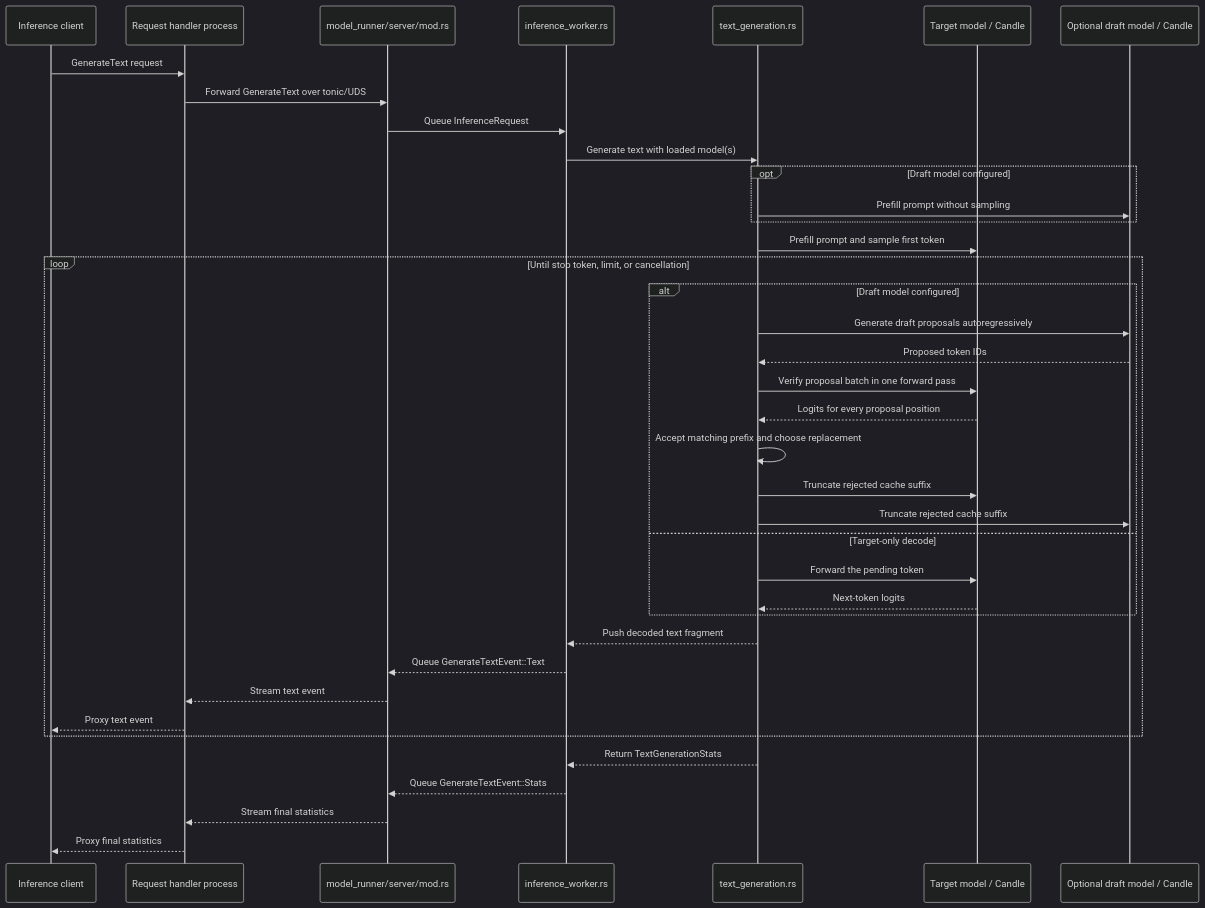
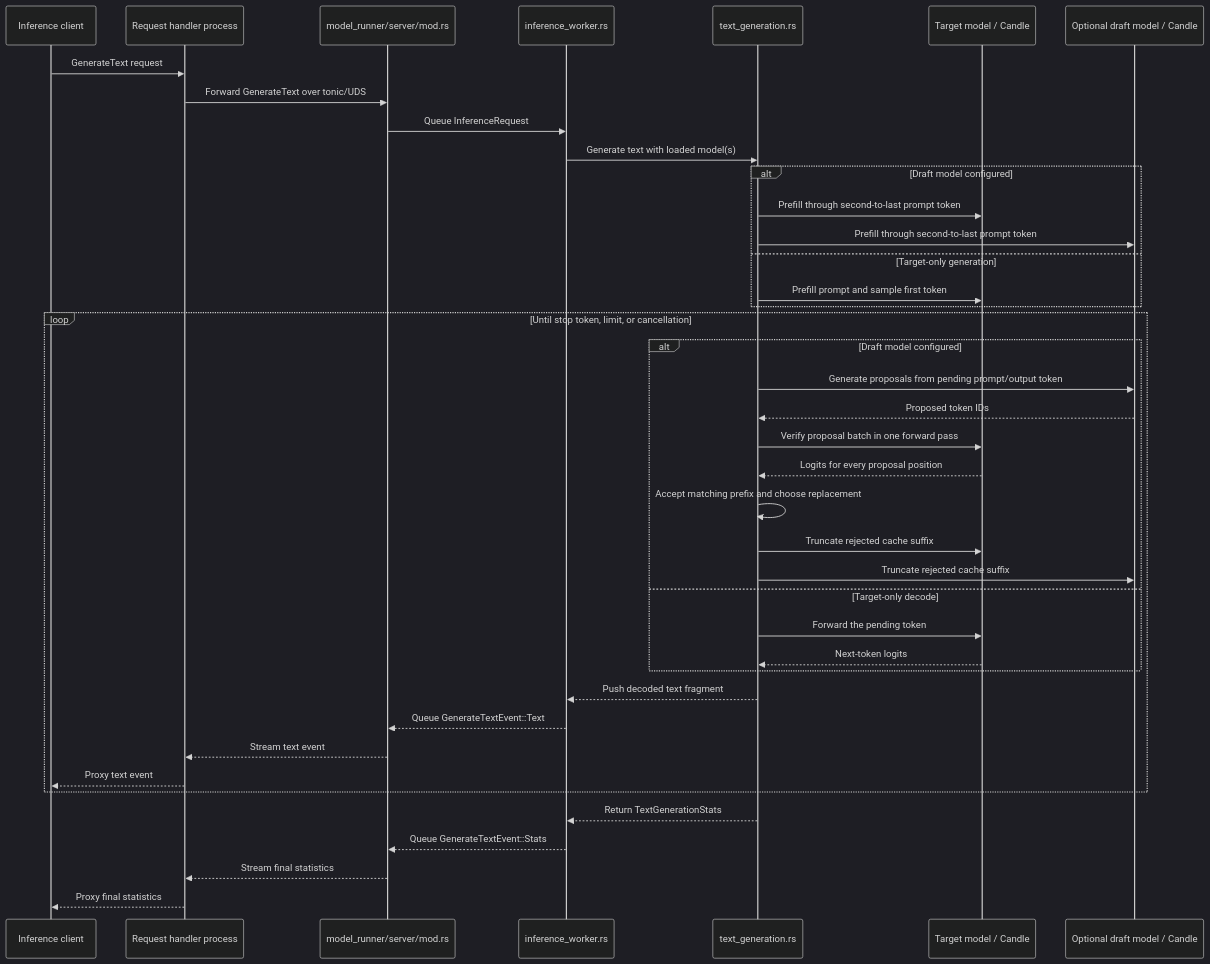
Before and after one commit to lun0522/mini-vllm-rs: the second of 2 diagrams in src/model_runner/README.md, drawn with Mermaid (dark theme). The commit also changed 1 other file, not shown here.

Commit message:
Refactor: Align speculative prefill and decode boundaries
- Prefill target and draft caches through the second-to-last prompt token.
- Use the final prompt token as the shared starting point for draft proposals and target verification.
- Start speculative token accounting at zero while preserving target-only generation.
- Update the model runner architecture documentation.

````diff
--- a/src/model_runner/README.md
+++ b/src/model_runner/README.md
@@ -62,41 +62,43 @@
 ```mermaid
 sequenceDiagram
     participant Caller as Inference client
     participant Handler as Request handler process
     participant Rpc as model_runner/server/mod.rs
     participant Worker as inference_worker.rs
     participant Decode as text_generation.rs
     participant Target as Target model / Candle
     participant Draft as Optional draft model / Candle
 
     Caller->>Handler: GenerateText request
     Handler->>Rpc: Forward GenerateText over tonic/UDS
     Rpc->>Worker: Queue InferenceRequest
     Worker->>Decode: Generate text with loaded model(s)
-    opt Draft model configured
-        Decode->>Draft: Prefill prompt without sampling
+    alt Draft model configured
+        Decode->>Target: Prefill through second-to-last prompt token
+        Decode->>Draft: Prefill through second-to-last prompt token
+    else Target-only generation
+        Decode->>Target: Prefill prompt and sample first token
     end
-    Decode->>Target: Prefill prompt and sample first token
     loop Until stop token, limit, or cancellation
         alt Draft model configured
-            Decode->>Draft: Generate draft proposals autoregressively
+            Decode->>Draft: Generate proposals from pending prompt/output token
             Draft-->>Decode: Proposed token IDs
             Decode->>Target: Verify proposal batch in one forward pass
             Target-->>Decode: Logits for every proposal position
             Decode->>Decode: Accept matching prefix and choose replacement
             Decode->>Target: Truncate rejected cache suffix
             Decode->>Draft: Truncate rejected cache suffix
         else Target-only decode
             Decode->>Target: Forward the pending token
             Target-->>Decode: Next-token logits
         end
         Decode-->>Worker: Push decoded text fragment
         Worker-->>Rpc: Queue GenerateTextEvent::Text
         Rpc-->>Handler: Stream text event
         Handler-->>Caller: Proxy text event
     end
     Decode-->>Worker: Return TextGenerationStats
     Worker-->>Rpc: Queue GenerateTextEvent::Stats
     Rpc-->>Handler: Stream final statistics
     Handler-->>Caller: Proxy final statistics
 ```
````
